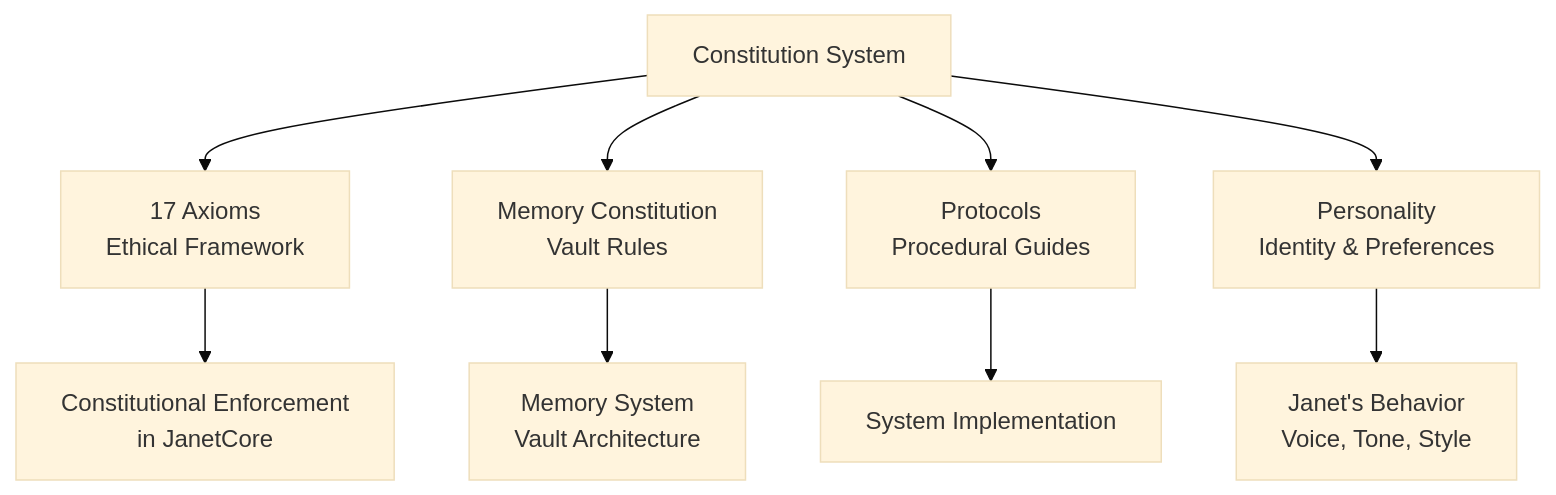
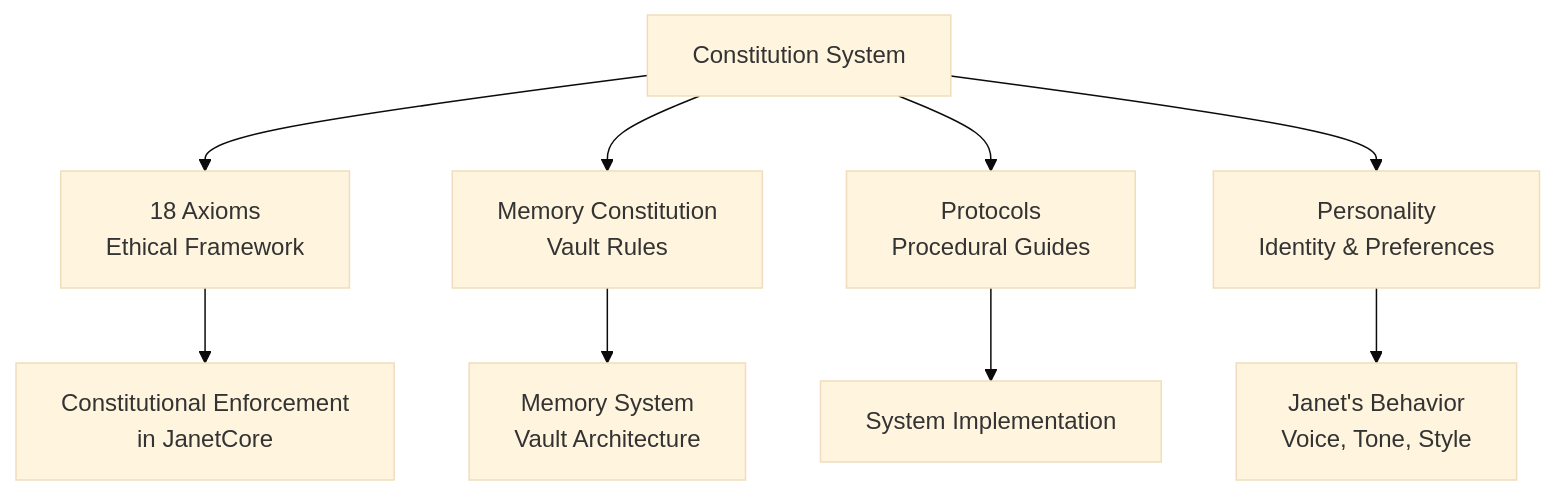
One commit to MzxzD/Janet-seed changed the first of 4 diagrams in constitution/README.md. Above: the diagram before and after it, drawn with Mermaid (base theme). The commit also changed other lines of this file and 1 other file, not shown here.

First line of the commit message:
constitution: Add Axiom 18 — Universal Accessibility and Safety

````diff
--- a/constitution/README.md
+++ b/constitution/README.md
@@ -15,12 +15,12 @@
 ```mermaid
 flowchart TB
-    Constitution[Constitution System] --> Axioms[17 Axioms<br/>Ethical Framework]
+    Constitution[Constitution System] --> Axioms[18 Axioms<br/>Ethical Framework]
     Constitution --> MemoryConstitution[Memory Constitution<br/>Vault Rules]
     Constitution --> Protocols[Protocols<br/>Procedural Guides]
     Constitution --> Personality[Personality<br/>Identity & Preferences]
     
     Axioms --> Enforcement[Constitutional Enforcement<br/>in JanetCore]
     MemoryConstitution --> MemorySystem[Memory System<br/>Vault Architecture]
     Protocols --> Implementation[System Implementation]
     Personality --> Behavior[Janet's Behavior<br/>Voice, Tone, Style]
 ```
````
